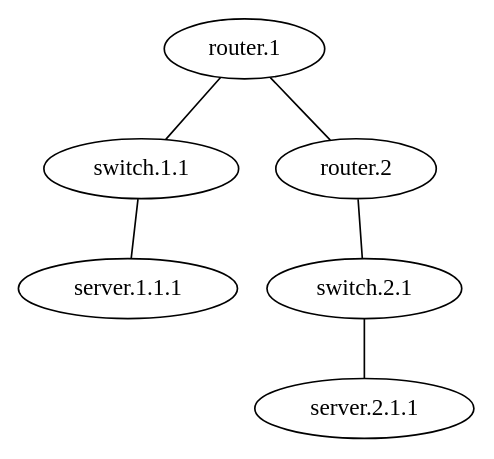
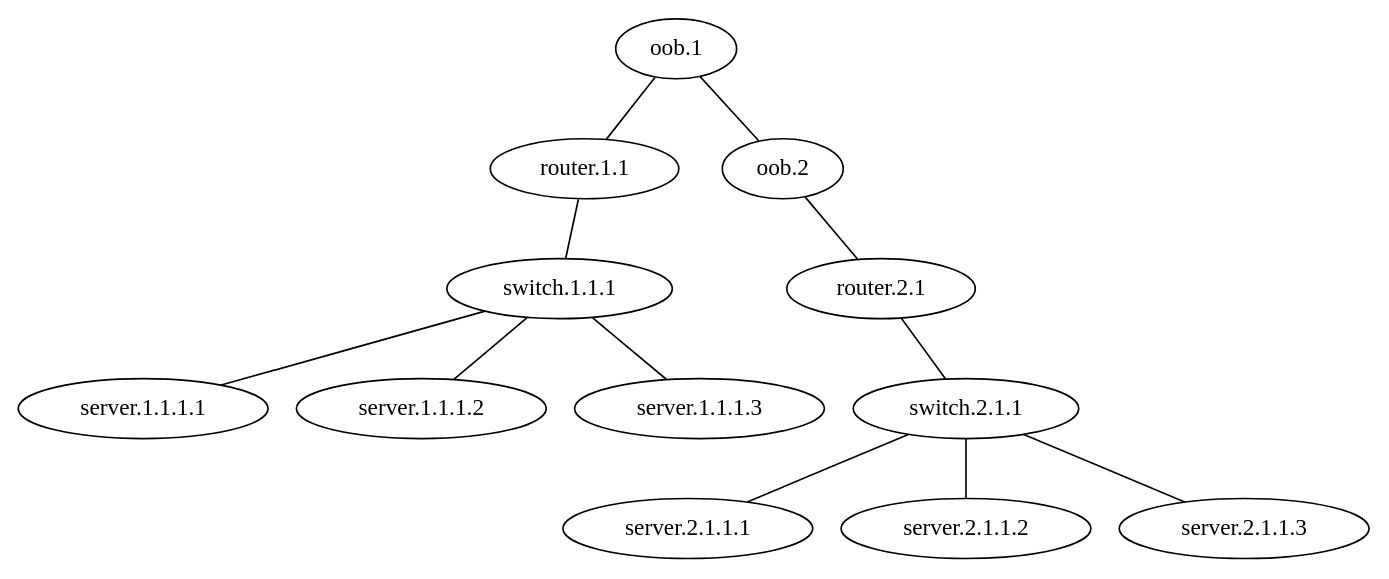
One commit to matferronato/TopologyGen changed the diagram in TopologyGen/TopologyInfo/topology.dot. Above: the diagram before and after it, drawn with Graphviz. The commit also changed 49 other files, not shown here.

```diff
--- a/TopologyGen/TopologyInfo/topology.dot
+++ b/TopologyGen/TopologyInfo/topology.dot
@@ -1,17 +1,35 @@
 graph vx {
-"router.1" [function="leaf" vagrant="eth1" os="hashicorp/bionic64" version="1.0.282" memory="500" config="./helper_scripts/config_production_switch.sh" ] 
-"switch.1.1" [function="leaf" vagrant="eth1" os="hashicorp/bionic64" version="1.0.282" memory="500" config="./helper_scripts/config_production_switch.sh" ] 
-"server.1.1.1" [function="leaf" vagrant="eth1" os="hashicorp/bionic64" version="1.0.282" memory="500" config="./helper_scripts/config_production_switch.sh" ] 
-"router.2" [function="leaf" vagrant="eth1" os="hashicorp/bionic64" version="1.0.282" memory="500" config="./helper_scripts/config_production_switch.sh" ] 
-"switch.2.1" [function="leaf" vagrant="eth1" os="hashicorp/bionic64" version="1.0.282" memory="500" config="./helper_scripts/config_production_switch.sh" ] 
-"server.2.1.1" [function="leaf" vagrant="eth1" os="hashicorp/bionic64" version="1.0.282" memory="500" config="./helper_scripts/config_production_switch.sh" ] 
-"router.1":"eth1" -- "switch.1.1":"eth50"
-"switch.1.1":"eth1" -- "server.1.1.1":"eth50"
+"oob.1" [function="leaf" vagrant="eth1" os="hashicorp/bionic64" version="1.0.282" memory="500" config="./helper_scripts/config_production_switch.sh" ] 
+"router.1.1" [function="leaf" vagrant="eth1" os="hashicorp/bionic64" version="1.0.282" memory="500" config="./helper_scripts/config_production_switch.sh" ] 
+"switch.1.1.1" [function="leaf" vagrant="eth1" os="hashicorp/bionic64" version="1.0.282" memory="500" config="./helper_scripts/config_production_switch.sh" ] 
+"server.1.1.1.1" [function="leaf" vagrant="eth1" os="hashicorp/bionic64" version="1.0.282" memory="500" config="./helper_scripts/config_production_switch.sh" ] 
+"server.1.1.1.2" [function="leaf" vagrant="eth1" os="hashicorp/bionic64" version="1.0.282" memory="500" config="./helper_scripts/config_production_switch.sh" ] 
+"server.1.1.1.3" [function="leaf" vagrant="eth1" os="hashicorp/bionic64" version="1.0.282" memory="500" config="./helper_scripts/config_production_switch.sh" ] 
+"oob.2" [function="leaf" vagrant="eth1" os="hashicorp/bionic64" version="1.0.282" memory="500" config="./helper_scripts/config_production_switch.sh" ] 
+"router.2.1" [function="leaf" vagrant="eth1" os="hashicorp/bionic64" version="1.0.282" memory="500" config="./helper_scripts/config_production_switch.sh" ] 
+"switch.2.1.1" [function="leaf" vagrant="eth1" os="hashicorp/bionic64" version="1.0.282" memory="500" config="./helper_scripts/config_production_switch.sh" ] 
+"server.2.1.1.1" [function="leaf" vagrant="eth1" os="hashicorp/bionic64" version="1.0.282" memory="500" config="./helper_scripts/config_production_switch.sh" ] 
+"server.2.1.1.2" [function="leaf" vagrant="eth1" os="hashicorp/bionic64" version="1.0.282" memory="500" config="./helper_scripts/config_production_switch.sh" ] 
+"server.2.1.1.3" [function="leaf" vagrant="eth1" os="hashicorp/bionic64" version="1.0.282" memory="500" config="./helper_scripts/config_production_switch.sh" ] 
+"oob.1":"eth1" -- "router.1.1":"eth50"
+"router.1.1":"eth1" -- "switch.1.1.1":"eth50"
+"switch.1.1.1":"eth1" -- "server.1.1.1.1":"eth50"
 
-"router.2":"eth1" -- "switch.2.1":"eth50"
-"switch.2.1":"eth1" -- "server.2.1.1":"eth50"
+"switch.1.1.1":"eth2" -- "server.1.1.1.2":"eth50"
+
+"switch.1.1.1":"eth3" -- "server.1.1.1.3":"eth50"
 
 
-"router.1":"eth50" -- "router.2":"eth49"
+"oob.2":"eth1" -- "router.2.1":"eth50"
+"router.2.1":"eth1" -- "switch.2.1.1":"eth50"
+"switch.2.1.1":"eth1" -- "server.2.1.1.1":"eth50"
+
+"switch.2.1.1":"eth2" -- "server.2.1.1.2":"eth50"
+
+"switch.2.1.1":"eth3" -- "server.2.1.1.3":"eth50"
+
+
+
+"oob.1":"eth50" -- "oob.2":"eth49"
 
 }
```
